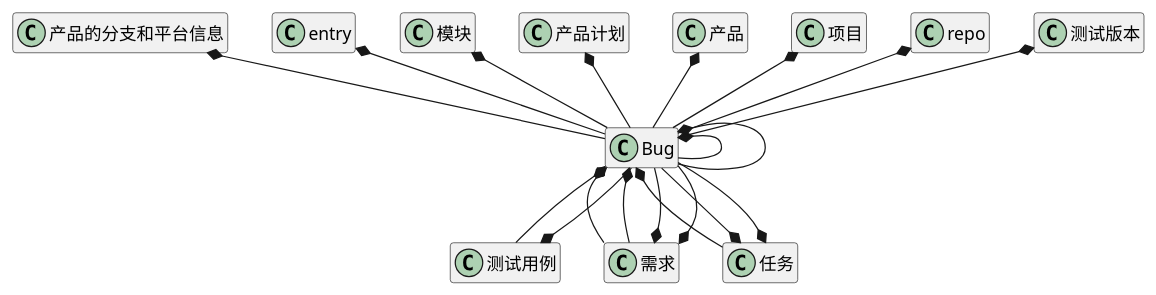
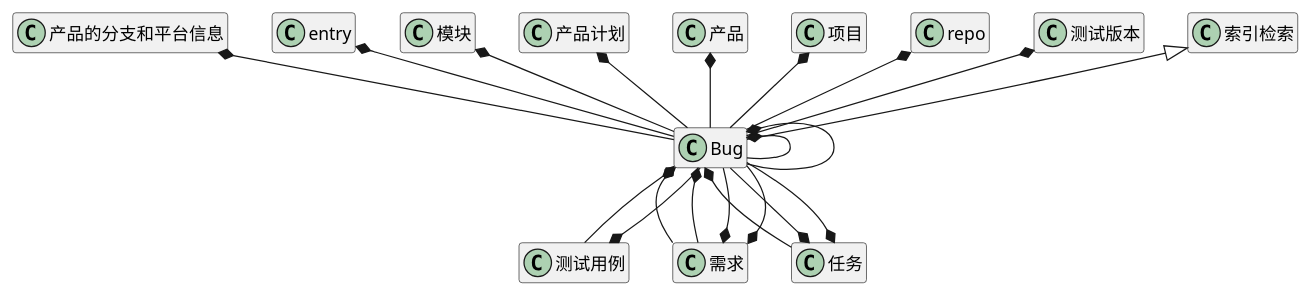
One commit to zj335841911/nt_chandao changed the first of 9 diagrams in ibizpms-docs/src/main/doc/v1/module/zentao/Bug_old.md. Above: the diagram before and after it, drawn with PlantUML. The commit also changed 31 other files, not shown here.

```diff
--- a/ibizpms-docs/src/main/doc/v1/module/zentao/Bug_old.md
+++ b/ibizpms-docs/src/main/doc/v1/module/zentao/Bug_old.md
@@ -6,22 +6,23 @@
 {% plantuml %}
 Bug *-- Bug 
 Bug *-- 测试用例 
 Bug *-- 需求 
 Bug *-- 需求 
 Bug *-- 任务 
 产品的分支和平台信息 *-- Bug 
 Bug *-- Bug 
 测试用例 *-- Bug 
 entry *-- Bug 
 模块 *-- Bug 
 产品计划 *-- Bug 
 产品 *-- Bug 
 项目 *-- Bug 
 repo *-- Bug 
 需求 *-- Bug 
 需求 *-- Bug 
 任务 *-- Bug 
 任务 *-- Bug 
 测试版本 *-- Bug 
+索引检索 <|-- Bug 
 hide members
 {% endplantuml %}
```
